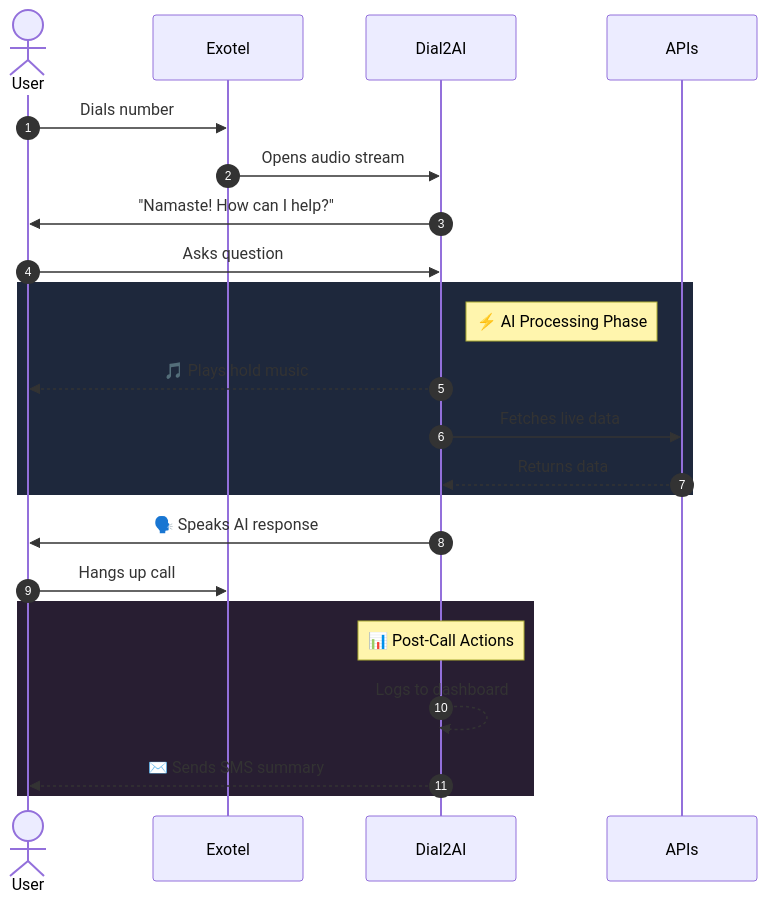
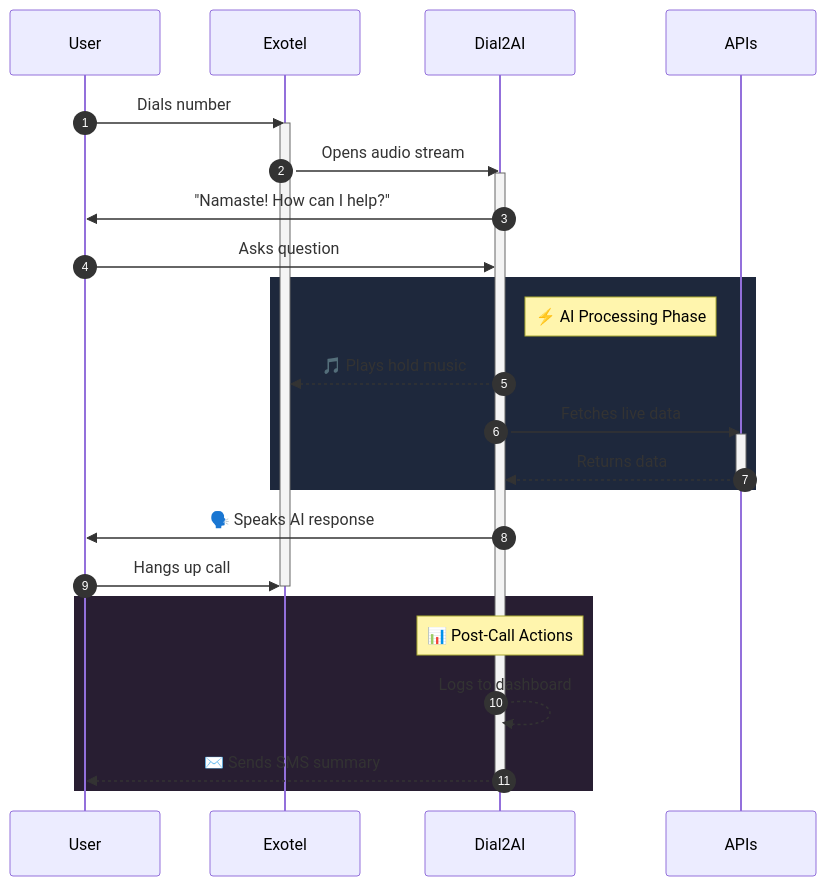
One commit to sagarhundia2-ops/demo changed the first of 2 diagrams in Readme.md. Above: the diagram before and after it, drawn with Mermaid. The commit also changed other lines of this file, not shown here.

Commit message:
docs: 📈 Added activation blocks to sequence diagram to render solid processes and dotted lifelines

````diff
--- a/Readme.md
+++ b/Readme.md
@@ -84,30 +84,36 @@
 ```mermaid
 sequenceDiagram
     autonumber
-    actor User
+    participant User
     participant Exotel
     participant Dial2AI
     participant APIs
 
     User->>Exotel: Dials number
+    activate Exotel
     Exotel->>Dial2AI: Opens audio stream
+    activate Dial2AI
     Dial2AI->>User: "Namaste! How can I help?"
     
     User->>Dial2AI: Asks question
     
     rect rgb(30, 40, 60)
     Note right of Dial2AI: ⚡ AI Processing Phase
-    Dial2AI-->>User: 🎵 Plays hold music
+    Dial2AI-->>Exotel: 🎵 Plays hold music
     Dial2AI->>APIs: Fetches live data
+    activate APIs
     APIs-->>Dial2AI: Returns data
+    deactivate APIs
     end
 
     Dial2AI->>User: 🗣️ Speaks AI response
     User->>Exotel: Hangs up call
+    deactivate Exotel
     
     rect rgb(40, 30, 50)
     Note over Dial2AI: 📊 Post-Call Actions
     Dial2AI-->>Dial2AI: Logs to dashboard
     Dial2AI-->>User: ✉️ Sends SMS summary
+    deactivate Dial2AI
     end
 ```
````
